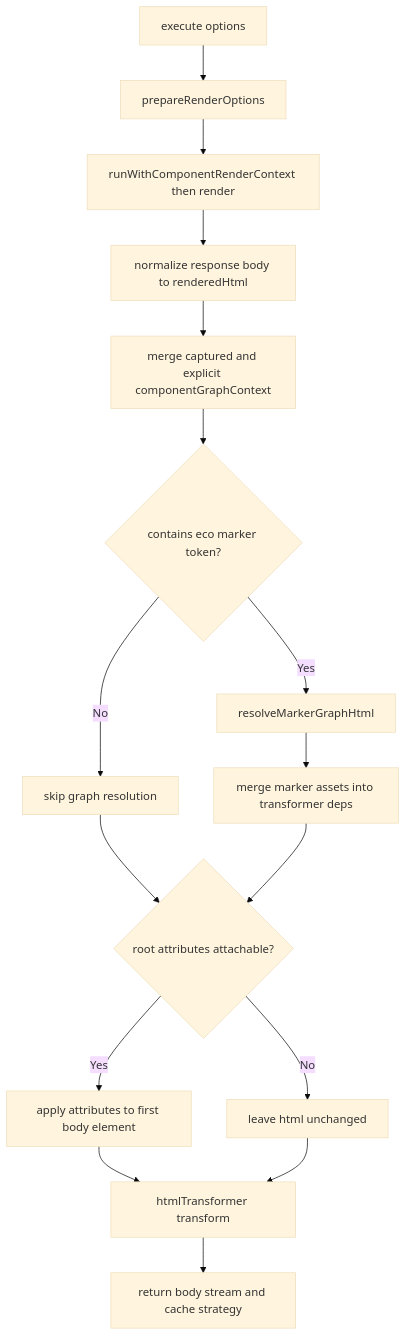
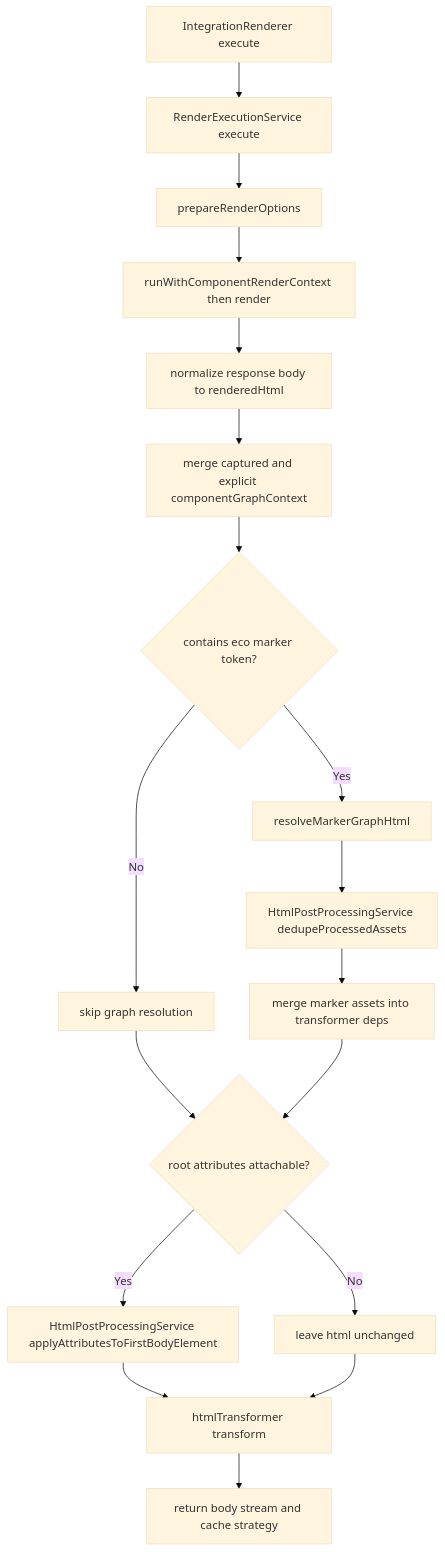
One commit to ecopages/ecopages changed the fifth of 11 diagrams in packages/core/src/route-renderer/GRAPH.md. Above: the diagram before and after it, drawn with Mermaid (base theme). The commit also changed other lines of this file and 16 other files, not shown here.

Commit message:
docs(core): update rendering graph and cover extracted rendering services

````diff
--- a/packages/core/src/route-renderer/GRAPH.md
+++ b/packages/core/src/route-renderer/GRAPH.md
@@ -136,18 +142,20 @@
 ```mermaid
 flowchart TD
-  A[execute options] --> B[prepareRenderOptions]
-  B --> C[runWithComponentRenderContext then render]
-  C --> D[normalize response body to renderedHtml]
-  D --> E[merge captured and explicit componentGraphContext]
-  E --> F{contains eco marker token?}
-  F -- Yes --> G[resolveMarkerGraphHtml]
-  F -- No --> H[skip graph resolution]
-  G --> I[merge marker assets into transformer deps]
-  H --> J{root attributes attachable?}
-  I --> J
-  J -- Yes --> K[apply attributes to first body element]
-  J -- No --> L[leave html unchanged]
-  K --> M[htmlTransformer transform]
-  L --> M
-  M --> N[return body stream and cache strategy]
+  A[IntegrationRenderer execute] --> B[RenderExecutionService execute]
+  B --> C[prepareRenderOptions]
+  C --> D[runWithComponentRenderContext then render]
+  D --> E[normalize response body to renderedHtml]
+  E --> F[merge captured and explicit componentGraphContext]
+  F --> G{contains eco marker token?}
+  G -- Yes --> H[resolveMarkerGraphHtml]
+  G -- No --> I[skip graph resolution]
+  H --> J[HtmlPostProcessingService dedupeProcessedAssets]
+  J --> K[merge marker assets into transformer deps]
+  I --> L{root attributes attachable?}
+  K --> L
+  L -- Yes --> M[HtmlPostProcessingService applyAttributesToFirstBodyElement]
+  L -- No --> N[leave html unchanged]
+  M --> O[htmlTransformer transform]
+  N --> O
+  O --> P[return body stream and cache strategy]
 ```
````
